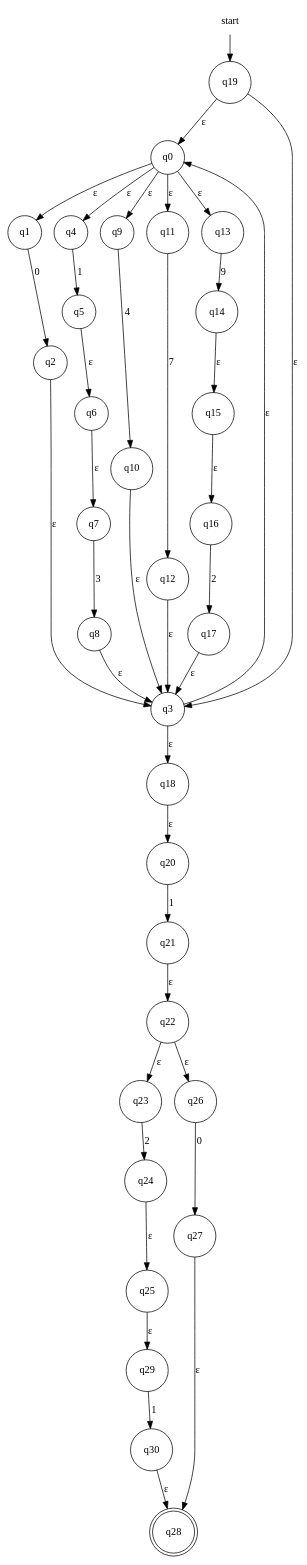
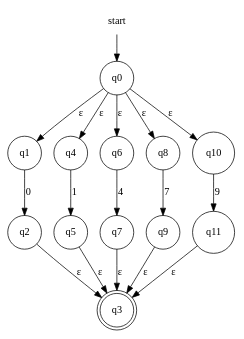
The diagram in fase1/RE-eNFA/regex_7.dot (evertheylen/TA_TO), drawn with Graphviz before and after one commit. The commit also changed 12 other files, not shown here.

```diff
--- a/fase1/RE-eNFA/regex_7.dot
+++ b/fase1/RE-eNFA/regex_7.dot
@@ -1,43 +1,21 @@
 digraph automaton {
     node [shape=none]; start;
-    node [shape=doublecircle]; "q28";
+    node [shape=doublecircle]; "q3";
     node [shape=circle];
-    start -> "q19";
+    start -> "q0";
     "q0" -> "q1" [label="&epsilon;"];
     "q0" -> "q4" [label="&epsilon;"];
-    "q0" -> "q9" [label="&epsilon;"];
-    "q0" -> "q11" [label="&epsilon;"];
-    "q0" -> "q13" [label="&epsilon;"];
+    "q0" -> "q6" [label="&epsilon;"];
+    "q0" -> "q8" [label="&epsilon;"];
+    "q0" -> "q10" [label="&epsilon;"];
     "q1" -> "q2" [label="0"];
     "q2" -> "q3" [label="&epsilon;"];
-    "q3" -> "q0" [label="&epsilon;"];
-    "q3" -> "q18" [label="&epsilon;"];
     "q4" -> "q5" [label="1"];
-    "q5" -> "q6" [label="&epsilon;"];
-    "q6" -> "q7" [label="&epsilon;"];
-    "q7" -> "q8" [label="3"];
-    "q8" -> "q3" [label="&epsilon;"];
-    "q9" -> "q10" [label="4"];
-    "q10" -> "q3" [label="&epsilon;"];
-    "q11" -> "q12" [label="7"];
-    "q12" -> "q3" [label="&epsilon;"];
-    "q13" -> "q14" [label="9"];
-    "q14" -> "q15" [label="&epsilon;"];
-    "q15" -> "q16" [label="&epsilon;"];
-    "q16" -> "q17" [label="2"];
-    "q17" -> "q3" [label="&epsilon;"];
-    "q18" -> "q20" [label="&epsilon;"];
-    "q19" -> "q0" [label="&epsilon;"];
-    "q19" -> "q3" [label="&epsilon;"];
-    "q20" -> "q21" [label="1"];
-    "q21" -> "q22" [label="&epsilon;"];
-    "q22" -> "q23" [label="&epsilon;"];
-    "q22" -> "q26" [label="&epsilon;"];
-    "q23" -> "q24" [label="2"];
-    "q24" -> "q25" [label="&epsilon;"];
-    "q25" -> "q29" [label="&epsilon;"];
-    "q26" -> "q27" [label="0"];
-    "q27" -> "q28" [label="&epsilon;"];
-    "q29" -> "q30" [label="1"];
-    "q30" -> "q28" [label="&epsilon;"];
+    "q5" -> "q3" [label="&epsilon;"];
+    "q6" -> "q7" [label="4"];
+    "q7" -> "q3" [label="&epsilon;"];
+    "q8" -> "q9" [label="7"];
+    "q9" -> "q3" [label="&epsilon;"];
+    "q10" -> "q11" [label="9"];
+    "q11" -> "q3" [label="&epsilon;"];
 }
```
